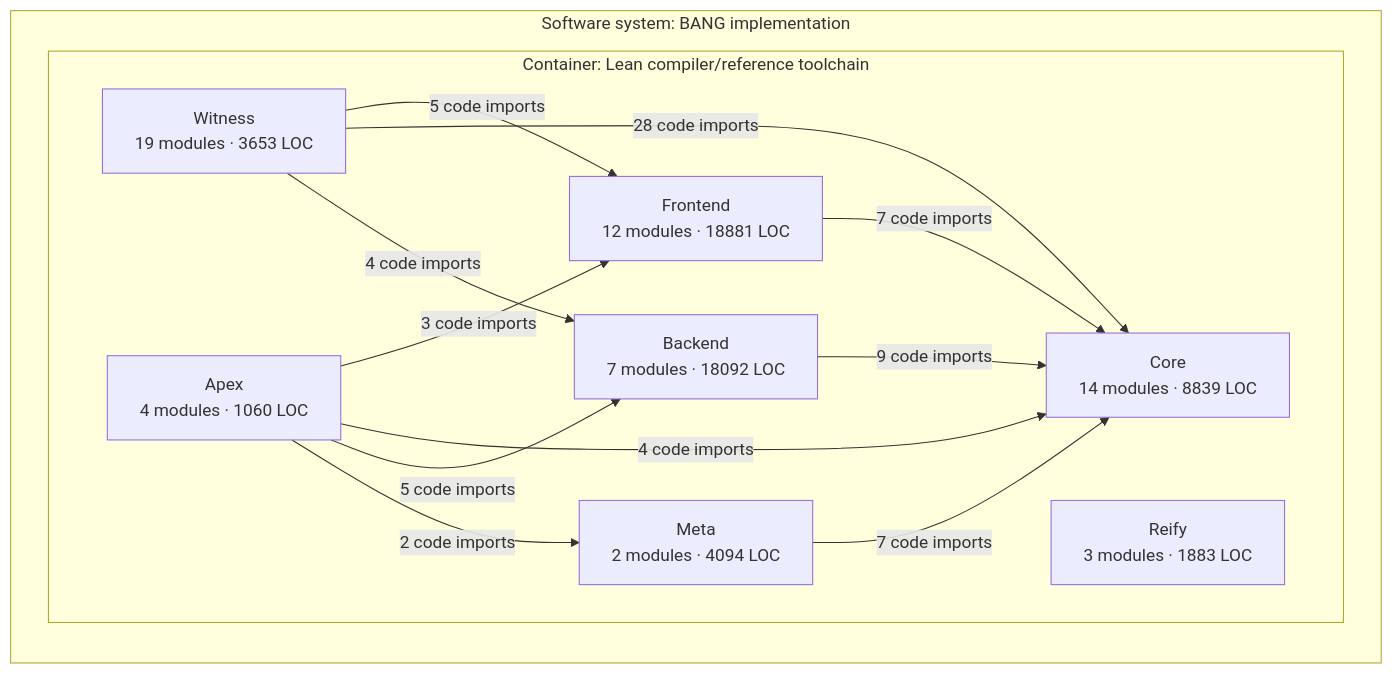
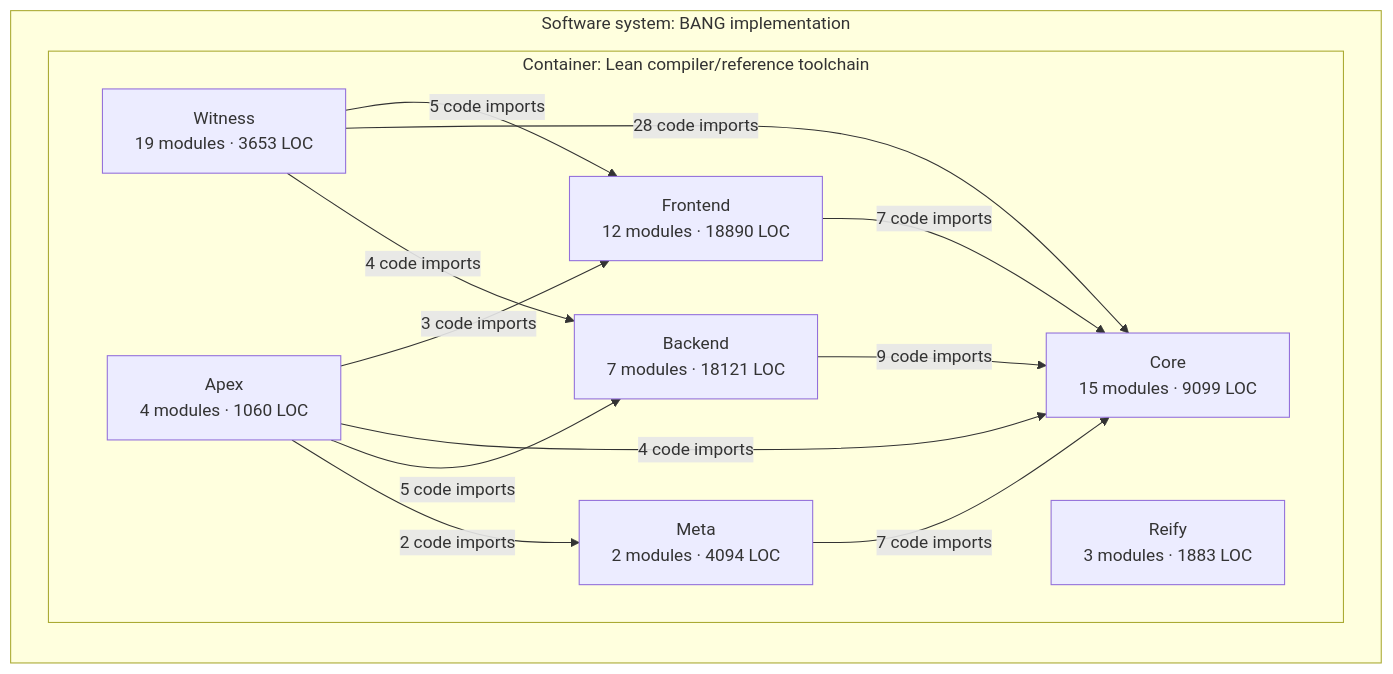
Before and after one commit to phibkro/bang: the third of 3 diagrams in docs/architecture/core-overview.md, drawn with Mermaid. The commit also changed other lines of this file and 14 other files, not shown here.

````diff
--- a/docs/architecture/core-overview.md
+++ b/docs/architecture/core-overview.md
@@ -160,24 +160,24 @@
 ```mermaid
 flowchart LR
   subgraph system_BANG["Software system: BANG implementation"]
     subgraph container_Lean_toolchain["Container: Lean compiler/reference toolchain"]
-      component_Frontend["Frontend<br/>12 modules · 18881 LOC"]
-      component_Core["Core<br/>14 modules · 8839 LOC"]
-      component_Backend["Backend<br/>7 modules · 18092 LOC"]
+      component_Frontend["Frontend<br/>12 modules · 18890 LOC"]
+      component_Core["Core<br/>15 modules · 9099 LOC"]
+      component_Backend["Backend<br/>7 modules · 18121 LOC"]
       component_Meta["Meta<br/>2 modules · 4094 LOC"]
       component_Witness["Witness<br/>19 modules · 3653 LOC"]
       component_Reify["Reify<br/>3 modules · 1883 LOC"]
       component_Apex["Apex<br/>4 modules · 1060 LOC"]
     end
   end
   component_Frontend -->|7 code imports| component_Core
   component_Backend -->|9 code imports| component_Core
   component_Meta -->|7 code imports| component_Core
   component_Witness -->|5 code imports| component_Frontend
   component_Witness -->|28 code imports| component_Core
   component_Witness -->|4 code imports| component_Backend
   component_Apex -->|3 code imports| component_Frontend
   component_Apex -->|4 code imports| component_Core
   component_Apex -->|5 code imports| component_Backend
   component_Apex -->|2 code imports| component_Meta
 ```
````
